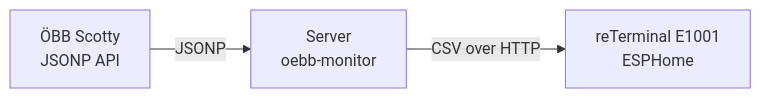
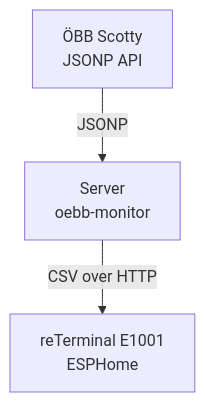
Before and after one commit to neuos/epaper-monitor: the diagram in readme.md, drawn with Mermaid.

Commit message:
vertical diagram

````diff
--- a/readme.md
+++ b/readme.md
@@ -11,9 +11,9 @@
 ```mermaid
-flowchart LR
+flowchart TD
   OEBB["ÖBB Scotty<br/>JSONP API"]
   Server["Server<br/>oebb-monitor"]
   Device["reTerminal E1001<br/>ESPHome"]
 
   OEBB -->|JSONP| Server
   Server -->|CSV over HTTP| Device
 ```
````
